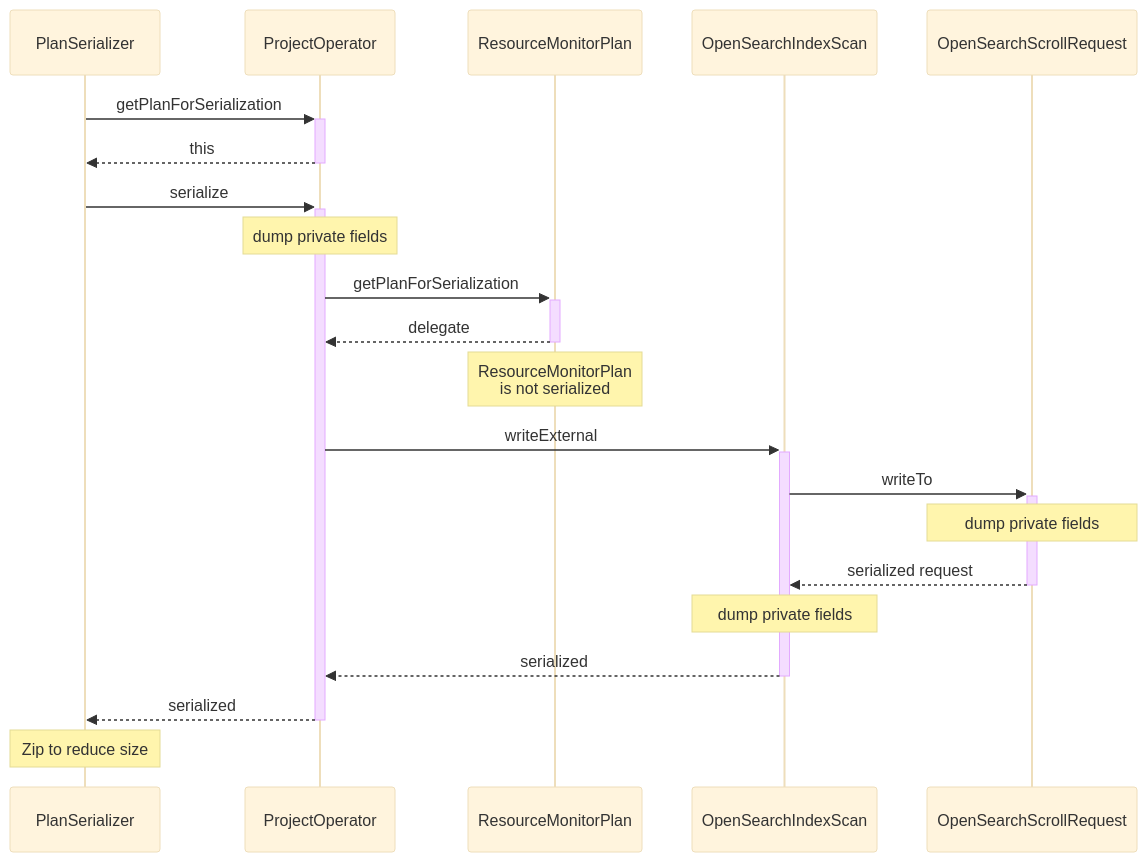
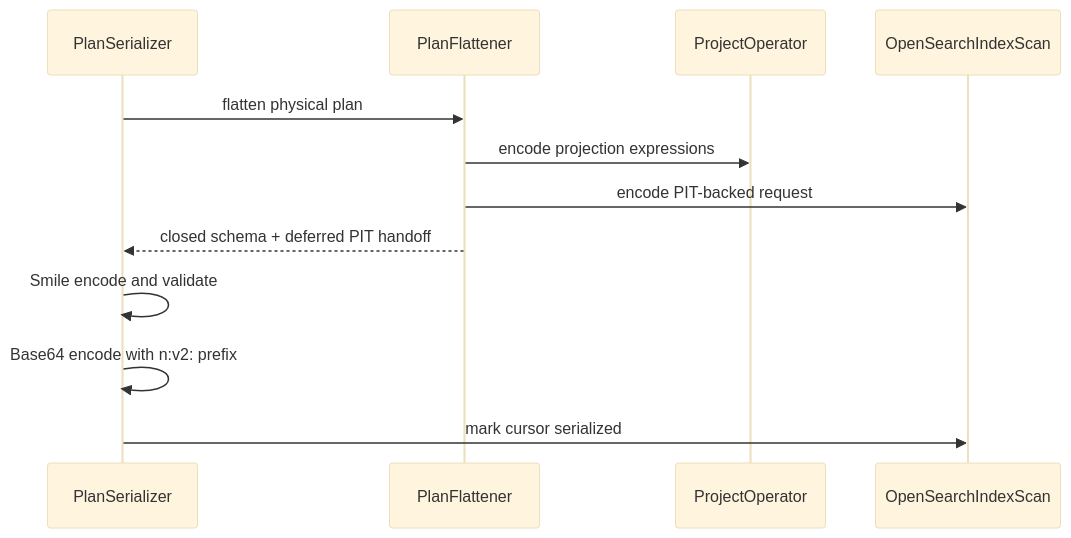
One commit to opensearch-project/sql changed diagram 16 of 19 in docs/dev/Pagination-v2.md. Above: the diagram before and after it, drawn with Mermaid (base theme). The commit also changed other lines of this file and 1 other file, not shown here.

Commit message:
docs: document Smile cursor serialization

````diff
--- a/docs/dev/Pagination-v2.md
+++ b/docs/dev/Pagination-v2.md
@@ -601,24 +576,15 @@
 ```mermaid
 sequenceDiagram
     participant PlanSerializer
+    participant PlanFlattener
     participant ProjectOperator
-    participant ResourceMonitorPlan
     participant OpenSearchIndexScan
-    participant OpenSearchScrollRequest
 
-PlanSerializer ->>+ ProjectOperator : getPlanForSerialization
-  ProjectOperator -->>- PlanSerializer : this
-PlanSerializer ->>+ ProjectOperator : serialize
-  Note over ProjectOperator : dump private fields
-  ProjectOperator ->>+ ResourceMonitorPlan : getPlanForSerialization
-    ResourceMonitorPlan -->>- ProjectOperator : delegate
-  Note over ResourceMonitorPlan : ResourceMonitorPlan<br />is not serialized
-  ProjectOperator ->>+ OpenSearchIndexScan : writeExternal
-    OpenSearchIndexScan ->>+ OpenSearchScrollRequest : writeTo
-      Note over OpenSearchScrollRequest : dump private fields
-      OpenSearchScrollRequest -->>- OpenSearchIndexScan : serialized request
-    Note over OpenSearchIndexScan : dump private fields
-    OpenSearchIndexScan -->>- ProjectOperator : serialized
-  ProjectOperator -->>- PlanSerializer : serialized
-Note over PlanSerializer : Zip to reduce size
+    PlanSerializer ->> PlanFlattener : flatten physical plan
+    PlanFlattener ->> ProjectOperator : encode projection expressions
+    PlanFlattener ->> OpenSearchIndexScan : encode PIT-backed request
+    PlanFlattener -->> PlanSerializer : closed schema + deferred PIT handoff
+    PlanSerializer ->> PlanSerializer : Smile encode and validate
+    PlanSerializer ->> PlanSerializer : Base64 encode with n:v2: prefix
+    PlanSerializer ->> OpenSearchIndexScan : mark cursor serialized
 ```
````
